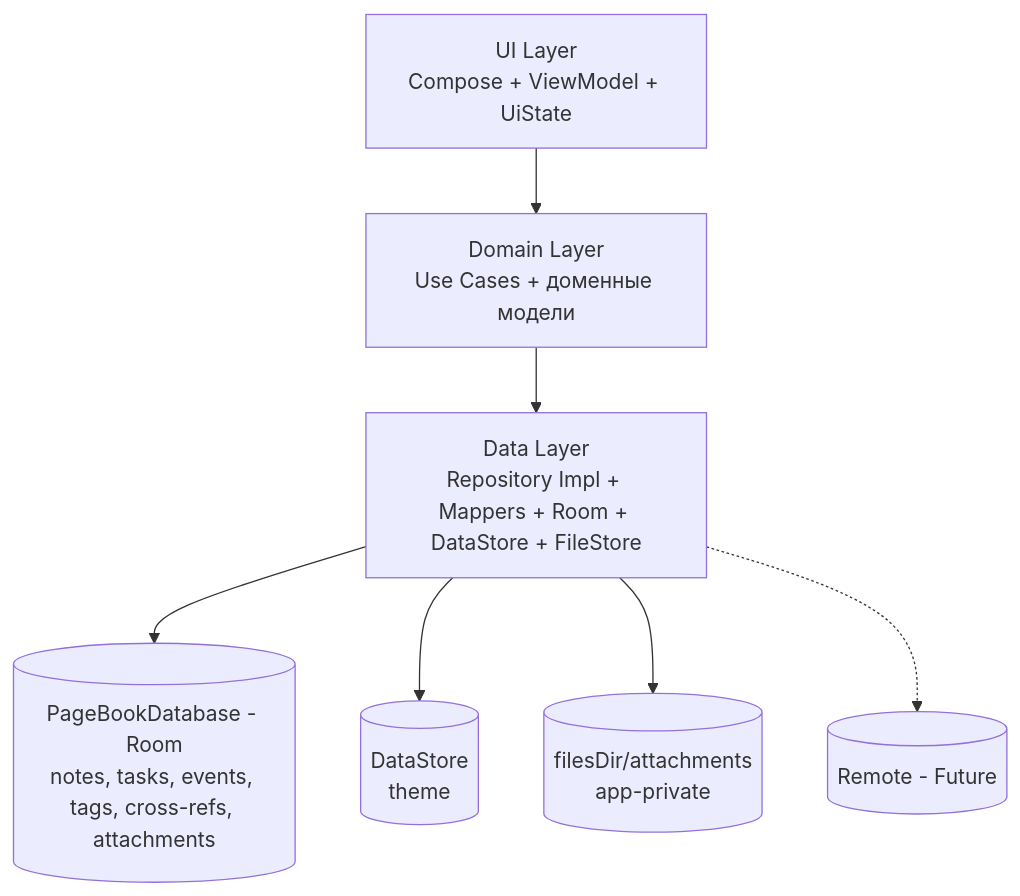
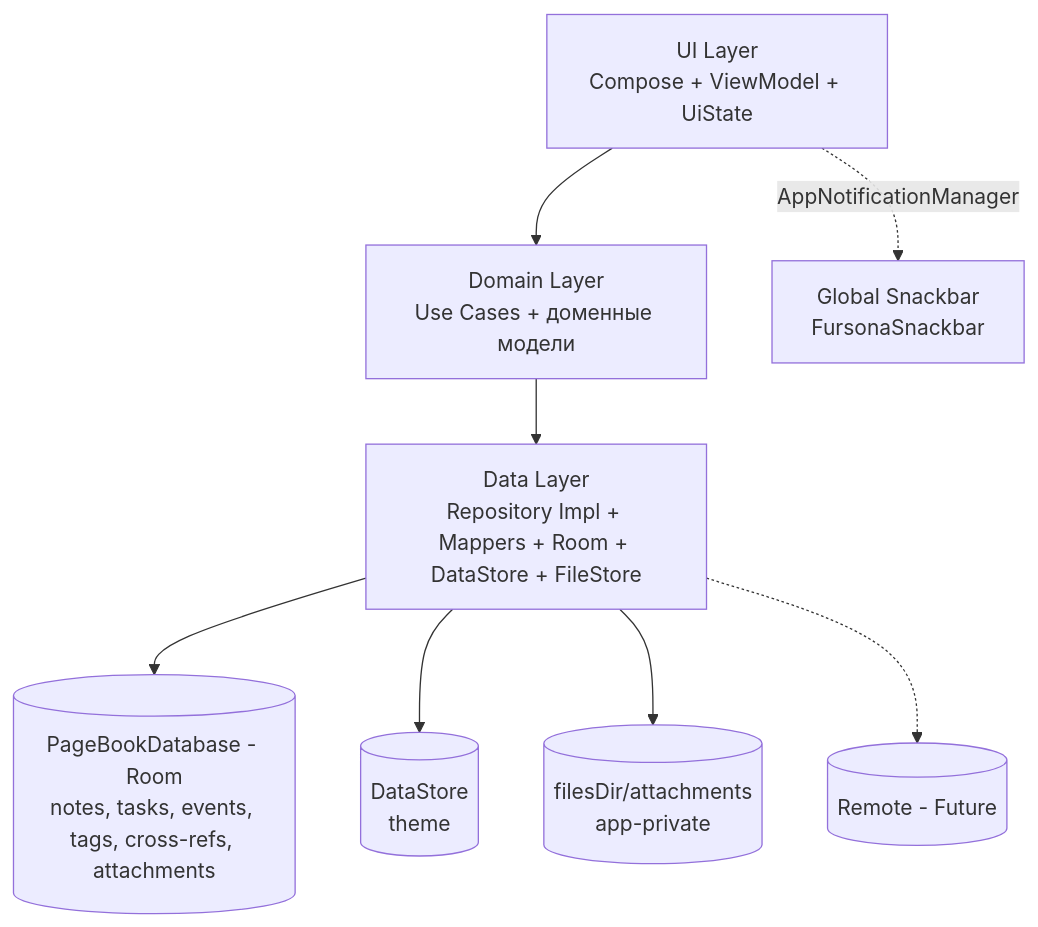
Before and after one commit to MaxGog/pagebook-android: the diagram in README.md, drawn with Mermaid. The commit also changed other lines of this file and 28 other files, not shown here.

````diff
--- a/README.md
+++ b/README.md
@@ -91,9 +101,11 @@
 ```mermaid
 graph TD
    A[UI Layer<br/>Compose + ViewModel + UiState] --> B[Domain Layer<br/>Use Cases + доменные модели]
    B --> C[Data Layer<br/>Repository Impl + Mappers + Room + DataStore + FileStore]
    C --> D[(PageBookDatabase - Room<br/>notes, tasks, events, tags, cross-refs, attachments)]
    C --> F[(DataStore<br/>theme)]
    C --> G[(filesDir/attachments<br/>app-private)]
+   
+   A -.->|AppNotificationManager| H[Global Snackbar<br/>FursonaSnackbar]
    C -.-> E[(Remote - Future)]
 ```
````
